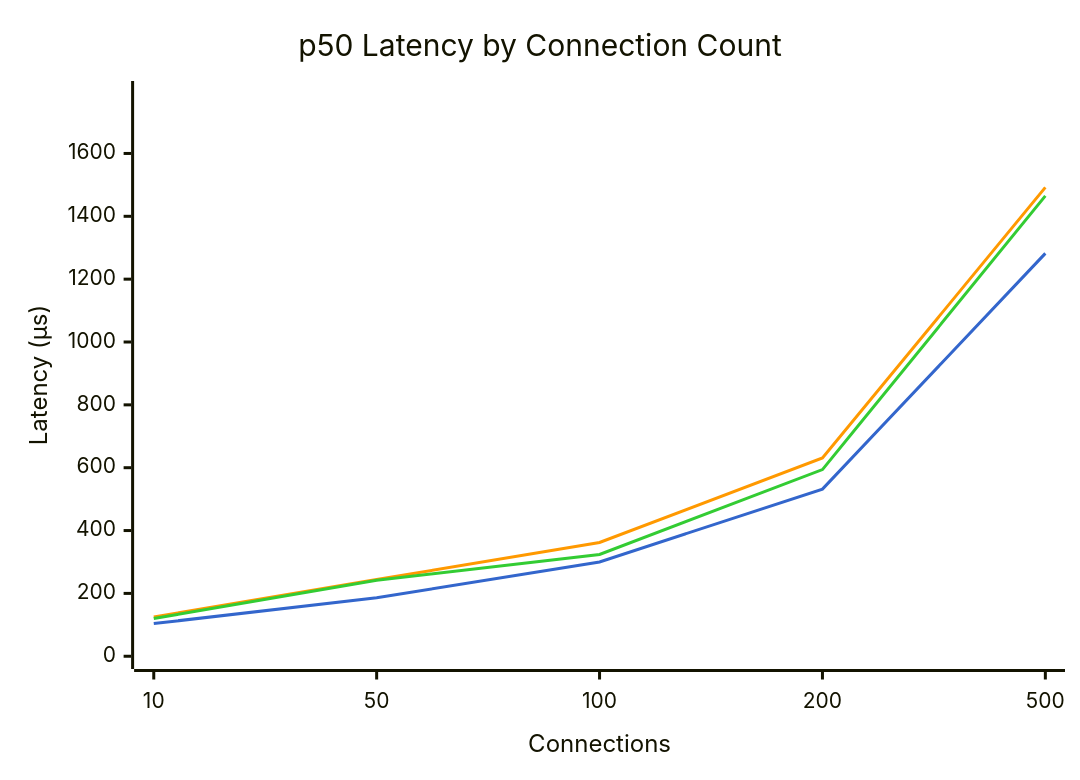
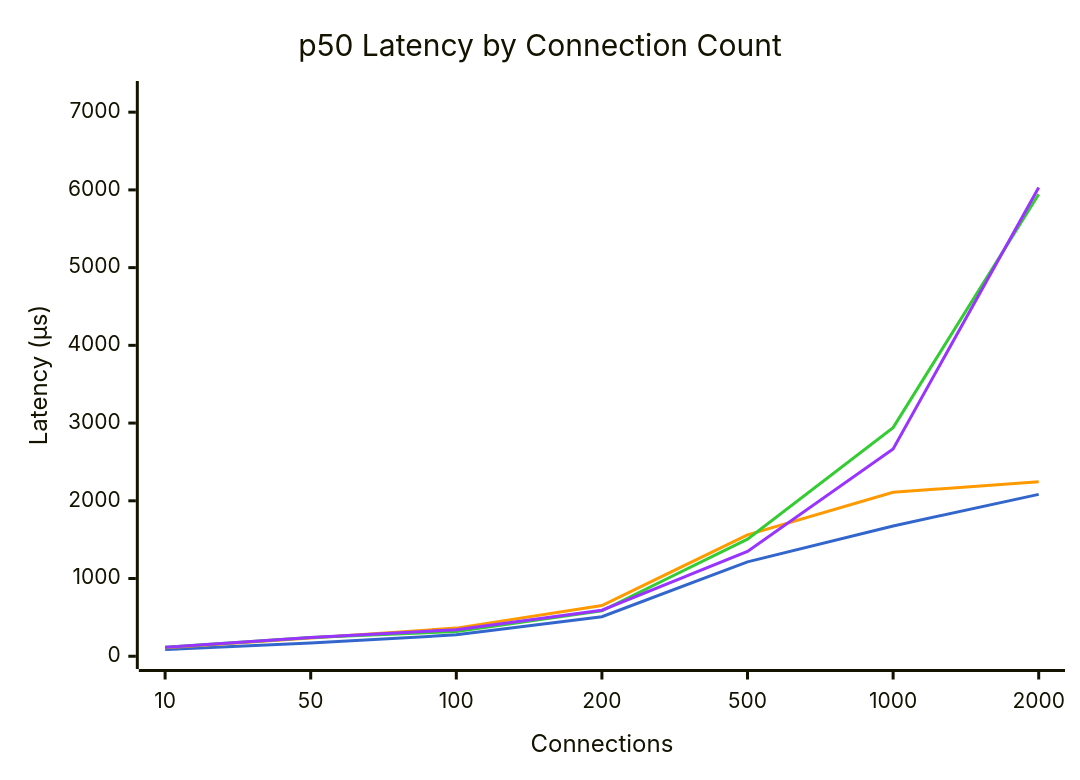
The fourth of 6 diagrams in docs/Bench/Azure/Standard_D4s_v5.md (youyuanwu/bypass-misc), drawn with Mermaid before and after one commit. The commit also changed other lines of this file and 15 other files, not shown here.

````diff
--- a/docs/Bench/Azure/Standard_D4s_v5.md
+++ b/docs/Bench/Azure/Standard_D4s_v5.md
@@ -91,15 +107,16 @@
 ```mermaid
 ---
 config:
     themeVariables:
         xyChart:
-            plotColorPalette: "#3366cc, #ff9900, #33cc33"
+            plotColorPalette: "#3366cc, #ff9900, #33cc33, #9933ff"
 ---
 xychart-beta
     title "p50 Latency by Connection Count"
-    x-axis "Connections" [10, 50, 100, 200, 500]
-    y-axis "Latency (μs)" 0 --> 1790
-    line "dpdk" [104, 186, 300, 532, 1282]
-    line "tokio" [125, 244, 362, 631, 1492]
-    line "tokio-local" [120, 242, 324, 594, 1465]
+    x-axis "Connections" [10, 50, 100, 200, 500, 1000, 2000]
+    y-axis "Latency (μs)" 0 --> 7237
+    line "dpdk" [87, 169, 276, 508, 1214, 1676, 2083]
+    line "tokio" [109, 234, 362, 652, 1561, 2109, 2245]
+    line "tokio-local" [116, 242, 318, 585, 1506, 2941, 5943]
+    line "kimojio" [115, 240, 341, 592, 1349, 2667, 6031]
 ```
````
